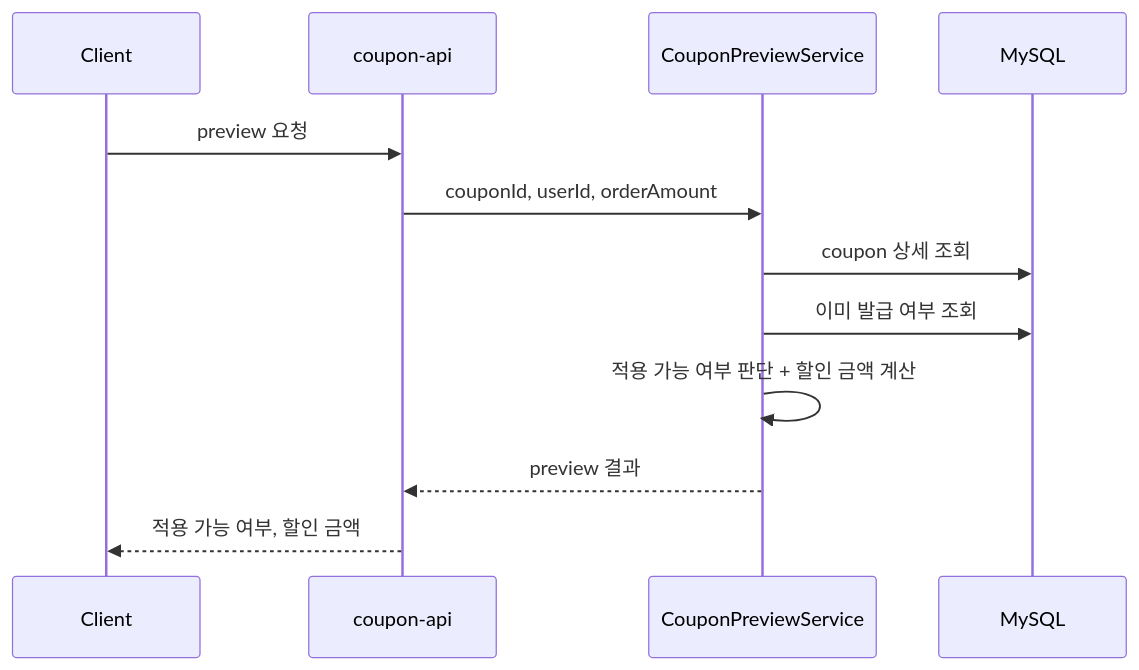
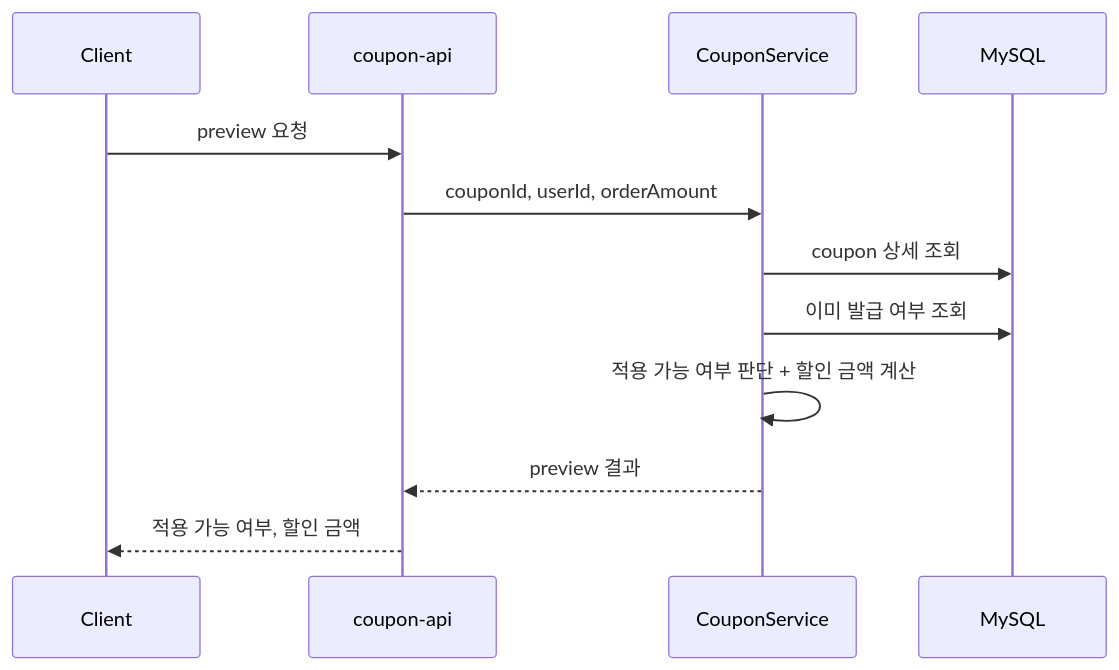
Before and after one commit to char-labs/coupon-system-design-kt: the sixth of 11 diagrams in coupon/coupon-worker/docs/coupon-kafka-runtime-guide.md, drawn with Mermaid. The commit also changed other lines of this file and 4 other files, not shown here.

````diff
--- a/coupon/coupon-worker/docs/coupon-kafka-runtime-guide.md
+++ b/coupon/coupon-worker/docs/coupon-kafka-runtime-guide.md
@@ -220,15 +216,15 @@
 ```mermaid
 sequenceDiagram
     participant Client
     participant API as coupon-api
-    participant Preview as CouponPreviewService
+    participant Preview as CouponService
     participant DB as MySQL
 
     Client->>API: preview 요청
     API->>Preview: couponId, userId, orderAmount
     Preview->>DB: coupon 상세 조회
     Preview->>DB: 이미 발급 여부 조회
     Preview->>Preview: 적용 가능 여부 판단 + 할인 금액 계산
     Preview-->>API: preview 결과
     API-->>Client: 적용 가능 여부, 할인 금액
 ```
````
